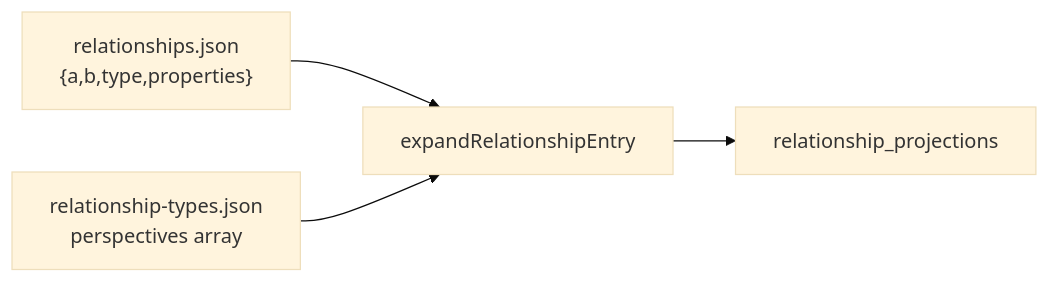
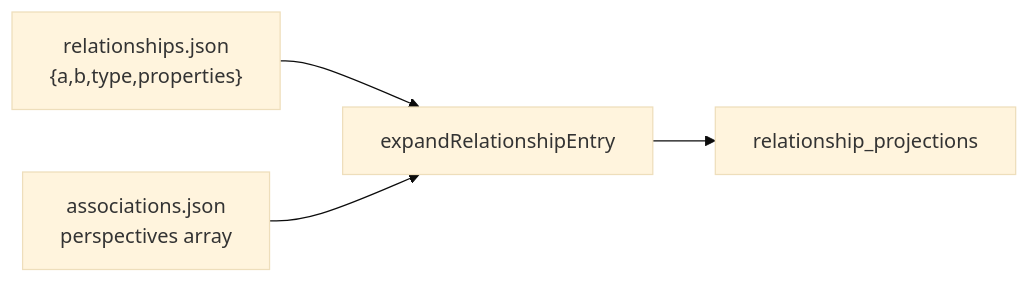
One commit to silentorb/tome changed the diagram in docs/features/set-membership.md. Above: the diagram before and after it, drawn with Mermaid (base theme). The commit also changed other lines of this file and 171 other files, not shown here.

Commit message:
Rename relationship-types to associations and ordered-associations to ordered-collections so registry contracts have a clear identity.

````diff
--- a/docs/features/set-membership.md
+++ b/docs/features/set-membership.md
@@ -123,11 +123,11 @@
 ```mermaid
 flowchart LR
   JSON["relationships.json\n{a,b,type,properties}"]
-  REG["relationship-types.json\nperspectives array"]
+  REG["associations.json\nperspectives array"]
   EXP["expandRelationshipEntry"]
   PROJ["relationship_projections"]
 
   JSON --> EXP
   REG --> EXP
   EXP --> PROJ
 ```
````
